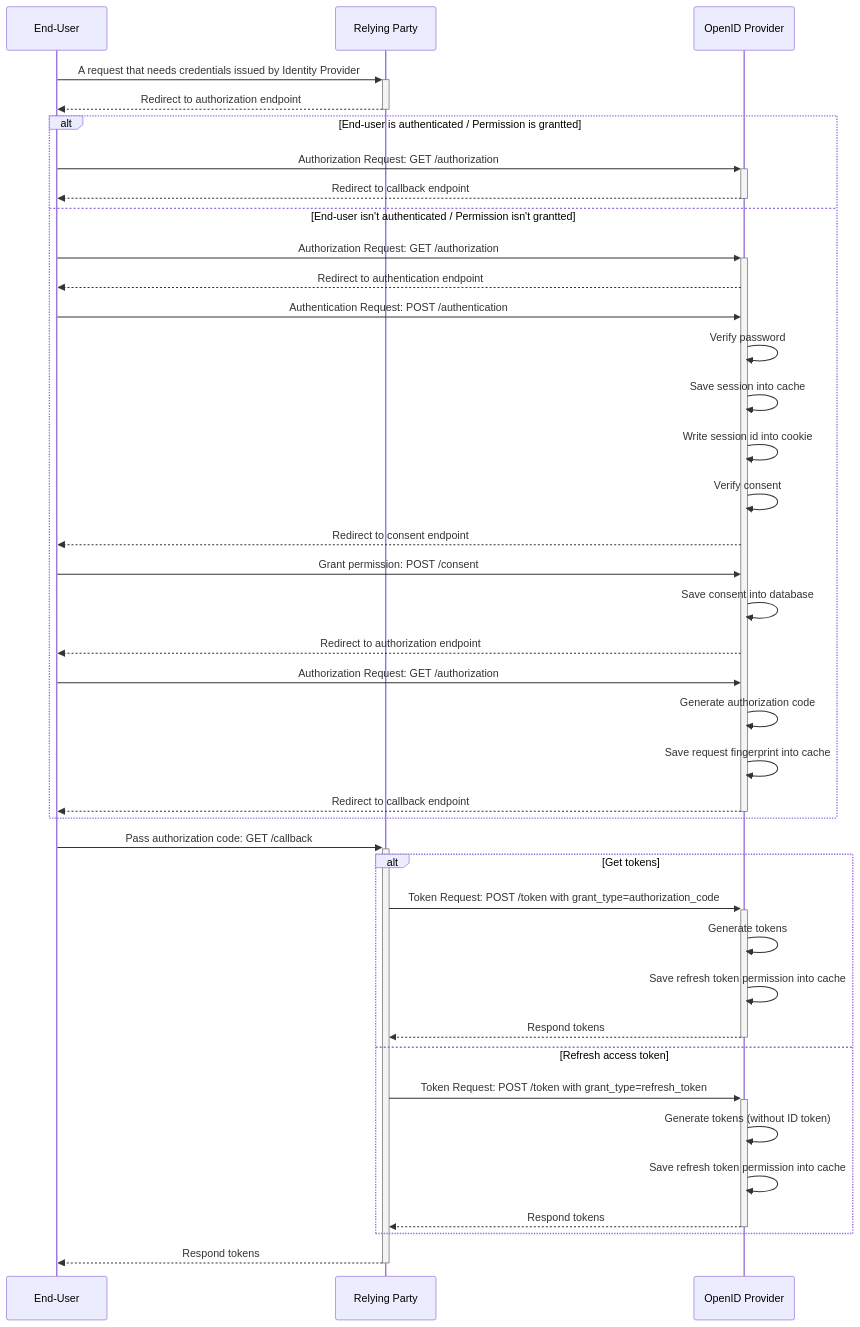
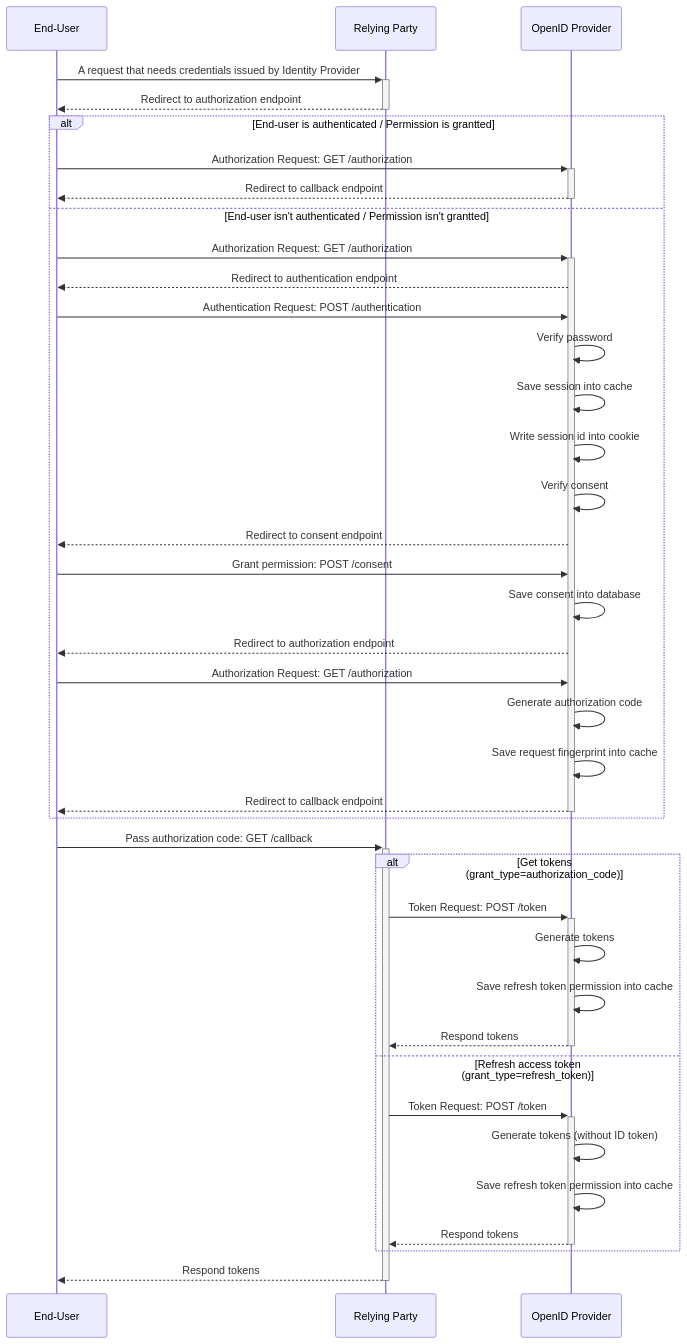
Before and after one commit to 42milez/go-oidc-expt: the diagram in docs/UML/Sequences/Authorization Code Flow/README.md, drawn with Mermaid. The commit also changed other lines of this file, not shown here.

Commit message:
Update sequence diagram: Authorization Code Flow

````diff
--- a/docs/UML/Sequences/Authorization Code Flow/README.md
+++ b/docs/UML/Sequences/Authorization Code Flow/README.md
@@ -3,49 +3,49 @@
 ```mermaid
 sequenceDiagram
   participant EndUser as End-User
   participant RP as Relying Party
   participant OP as OpenID Provider
 
   EndUser ->>+ RP: A request that needs credentials issued by Identity Provider
   RP -->>- EndUser: Redirect to authorization endpoint
 
   alt End-user is authenticated / Permission is grantted
     EndUser ->>+ OP: Authorization Request: GET /authorization
     OP -->>- EndUser: Redirect to callback endpoint
   else End-user isn't authenticated / Permission isn't grantted
     EndUser ->>+ OP: Authorization Request: GET /authorization
     OP -->> EndUser: Redirect to authentication endpoint
 
     EndUser ->> OP: Authentication Request: POST /authentication
     OP ->> OP: Verify password
     OP ->> OP: Save session into cache
     OP ->> OP: Write session id into cookie
     OP ->> OP: Verify consent
     OP -->> EndUser: Redirect to consent endpoint
 
     EndUser ->> OP: Grant permission: POST /consent
     OP ->> OP: Save consent into database
     OP -->> EndUser: Redirect to authorization endpoint
 
     EndUser ->> OP: Authorization Request: GET /authorization
     OP ->> OP: Generate authorization code
     OP ->> OP: Save request fingerprint into cache
     OP -->>- EndUser: Redirect to callback endpoint
   end
 
   EndUser ->>+ RP: Pass authorization code: GET /callback
 
-  alt Get tokens
-    RP ->>+ OP: Token Request: POST /token with grant_type=authorization_code
+  alt Get tokens (grant_type=authorization_code)
+    RP ->>+ OP: Token Request: POST /token
     OP ->> OP: Generate tokens
     OP ->> OP: Save refresh token permission into cache
     OP -->>- RP: Respond tokens
-  else Refresh access token
-    RP ->>+ OP: Token Request: POST /token with grant_type=refresh_token
+  else Refresh access token (grant_type=refresh_token)
+    RP ->>+ OP: Token Request: POST /token
     OP ->> OP: Generate tokens (without ID token)
     OP ->> OP: Save refresh token permission into cache
     OP -->>- RP: Respond tokens
   end
 
   RP -->>- EndUser: Respond tokens
 ```
````
